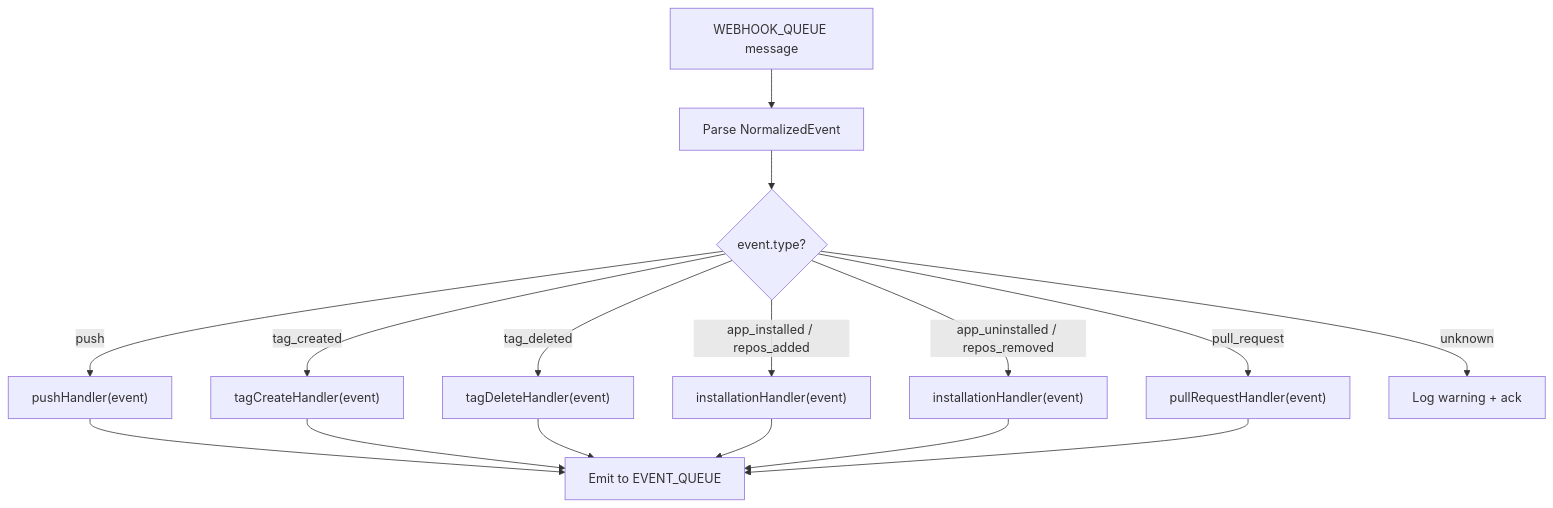
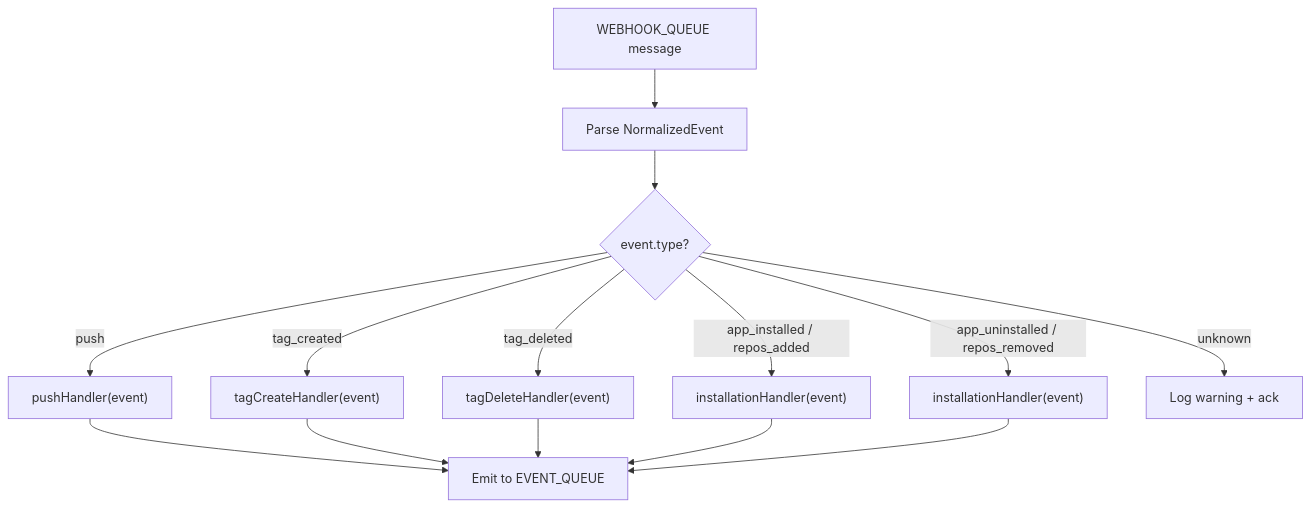
Before and after one commit to devangshupandey2025-stack/DevSage: the fifth of 12 diagrams in docs/v3/planned/webhooks-integrations.md, drawn with Mermaid. The commit also changed other lines of this file, not shown here.

First line of the commit message:
docs(webhooks): reduce to GitHub-only, add rounds-aware tag handler

````diff
--- a/docs/v3/planned/webhooks-integrations.md
+++ b/docs/v3/planned/webhooks-integrations.md
@@ -432,19 +275,17 @@
 ```mermaid
 flowchart TD
     Q["WEBHOOK_QUEUE message"] --> A["Parse NormalizedEvent"]
     A --> B{"event.type?"}
     B -->|push| C["pushHandler(event)"]
     B -->|tag_created| D["tagCreateHandler(event)"]
     B -->|tag_deleted| E["tagDeleteHandler(event)"]
     B -->|app_installed / repos_added| F["installationHandler(event)"]
     B -->|app_uninstalled / repos_removed| G["installationHandler(event)"]
-    B -->|pull_request| H["pullRequestHandler(event)"]
-    B -->|unknown| I["Log warning + ack"]
+    B -->|unknown| H["Log warning + ack"]
 
-    C --> J["Emit to EVENT_QUEUE"]
-    D --> J
-    E --> J
-    F --> J
-    G --> J
-    H --> J
+    C --> I["Emit to EVENT_QUEUE"]
+    D --> I
+    E --> I
+    F --> I
+    G --> I
 ```
````
